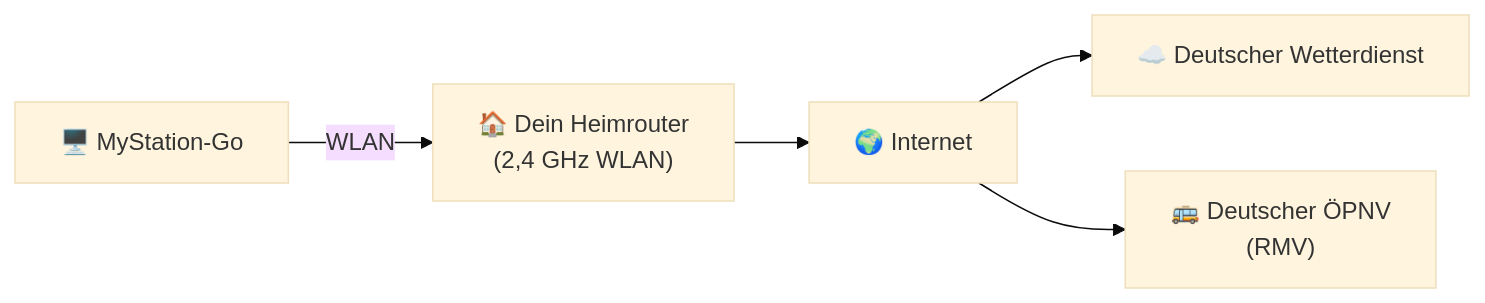
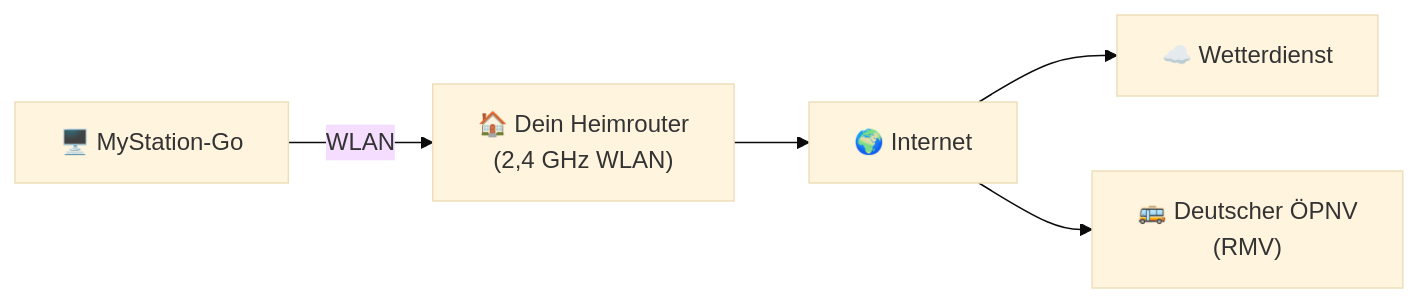
One commit to gogo-boot/mystation-landing changed the third of 3 diagrams in website/i18n/de/docusaurus-plugin-content-docs/current/user-guide/network-setup.md. Above: the diagram before and after it, drawn with Mermaid (base theme). The commit also changed other lines of this file and 5 other files, not shown here.

````diff
--- a/website/i18n/de/docusaurus-plugin-content-docs/current/user-guide/network-setup.md
+++ b/website/i18n/de/docusaurus-plugin-content-docs/current/user-guide/network-setup.md
@@ -80,13 +80,13 @@
 ```mermaid
 graph LR
     Station["🖥️ MyStation-Go"]
     Router["🏠 Dein Heimrouter\n(2,4 GHz WLAN)"]
     Internet["🌍 Internet"]
-    DWD["☁️ Deutscher Wetterdienst"]
+    DWD["☁️ Wetterdienst"]
     RMV["🚌 Deutscher ÖPNV\n(RMV)"]
 
     Station -- " WLAN " --> Router
     Router --> Internet
     Internet --> DWD
     Internet --> RMV
 ```
````
